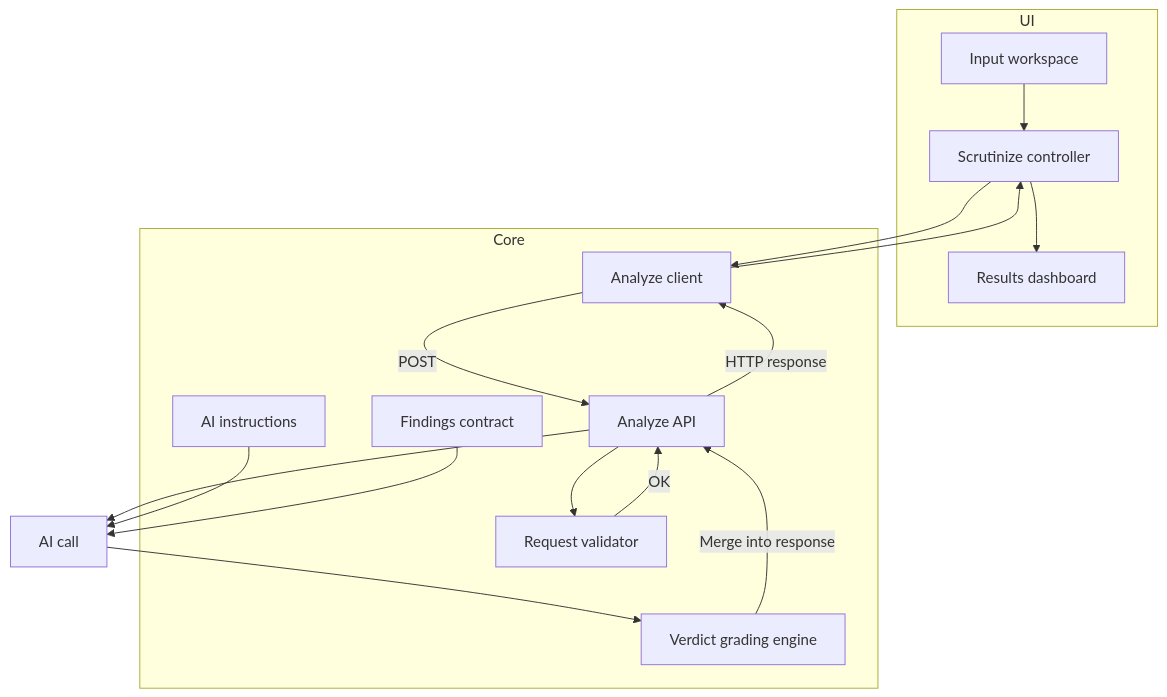
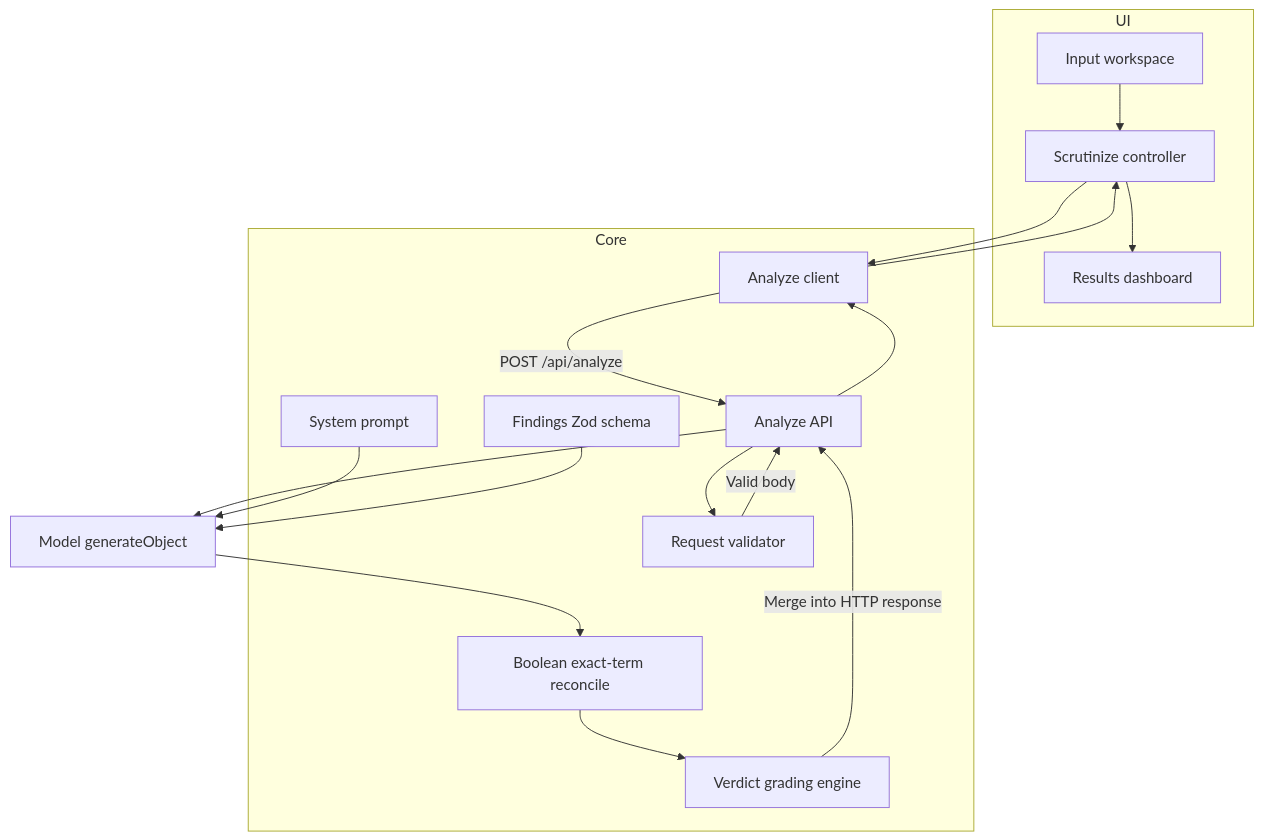
Before and after one commit to mstvn0/cvscrutineer: the third of 8 diagrams in spec.md, drawn with Mermaid. The commit also changed other lines of this file and 3 other files, not shown here.

Commit message:
docs: align diagrams and PASS wording with server grading

````diff
--- a/spec.md
+++ b/spec.md
@@ -92,29 +93,31 @@
 ```mermaid
 graph TB
   subgraph UI
     IW[Input workspace]
     HS[Scrutinize controller]
     RD[Results dashboard]
   end
   subgraph Core
     CL[Analyze client]
     AP[Analyze API]
     VL[Request validator]
-    PR[AI instructions]
-    SC[Findings contract]
+    PR[System prompt]
+    SC[Findings Zod schema]
+    BM[Boolean exact-term reconcile]
     VD[Verdict grading engine]
   end
   IW --> HS
   HS --> CL
-  CL -->|POST| AP
+  CL -->|POST /api/analyze| AP
   AP --> VL
-  VL -->|OK| AP
-  AP --> ModelCall[AI call]
+  VL -->|Valid body| AP
+  AP --> ModelCall[Model generateObject]
   PR --> ModelCall
   SC --> ModelCall
-  ModelCall --> VD
-  VD -->|Merge into response| AP
-  AP -->|HTTP response| CL
+  ModelCall --> BM
+  BM --> VD
+  VD -->|Merge into HTTP response| AP
+  AP --> CL
   CL --> HS
   HS --> RD
 ```
````
